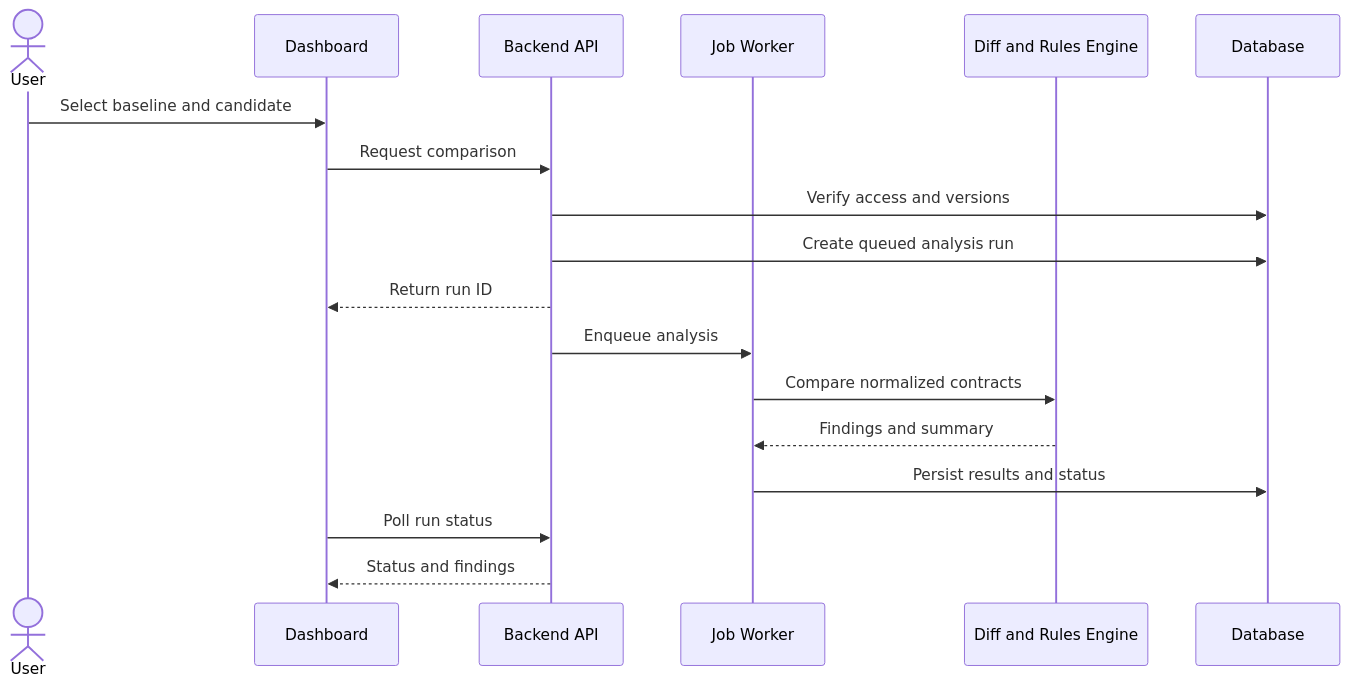
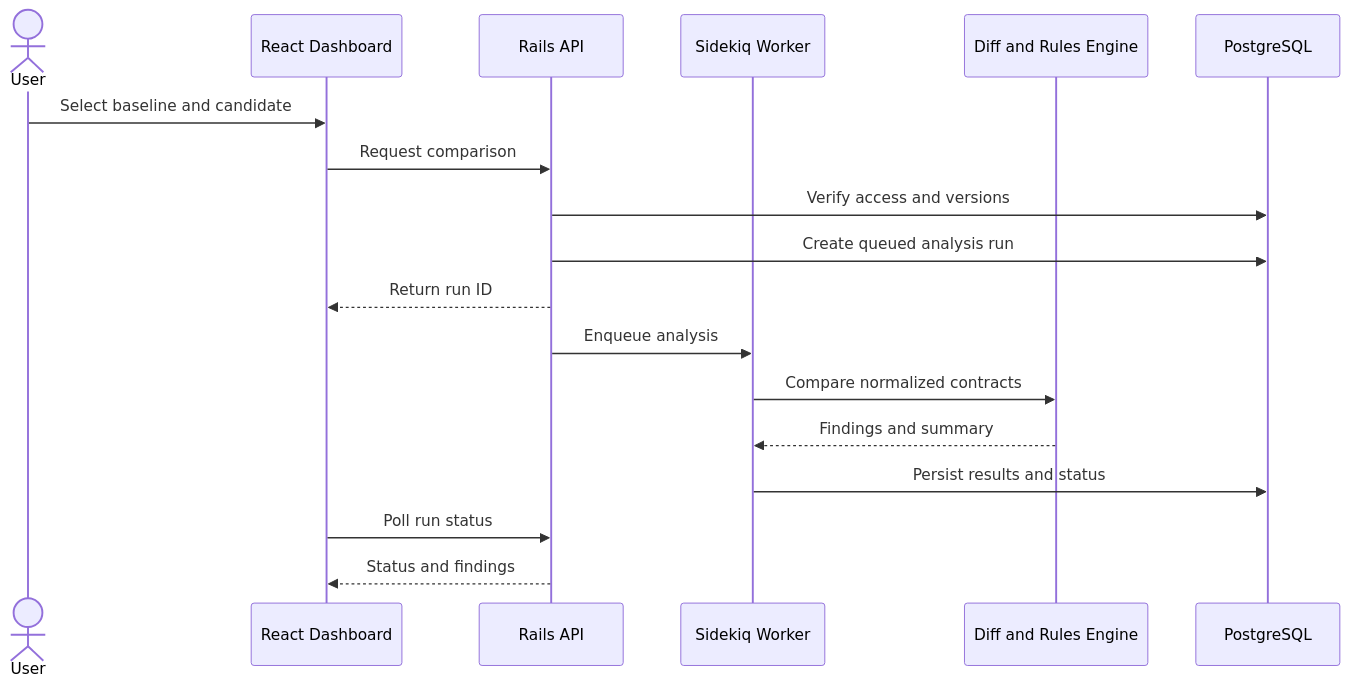
The fourth of 6 diagrams in SRS.md (oliviavision/ContractIQ-API-Intelligence-Platform), drawn with Mermaid before and after one commit. The commit also changed other lines of this file, not shown here.

Commit message:
docs: update ContractIQ stack to React and Ruby on Rails

````diff
--- a/SRS.md
+++ b/SRS.md
@@ -203,21 +225,21 @@
 ```mermaid
 sequenceDiagram
     actor User
-    participant UI as Dashboard
-    participant API as Backend API
-    participant Job as Job Worker
+    participant UI as React Dashboard
+    participant API as Rails API
+    participant Job as Sidekiq Worker
     participant Diff as Diff and Rules Engine
-    participant DB as Database
+    participant DB as PostgreSQL
 
     User->>UI: Select baseline and candidate
     UI->>API: Request comparison
     API->>DB: Verify access and versions
     API->>DB: Create queued analysis run
     API-->>UI: Return run ID
     API->>Job: Enqueue analysis
     Job->>Diff: Compare normalized contracts
     Diff-->>Job: Findings and summary
     Job->>DB: Persist results and status
     UI->>API: Poll run status
     API-->>UI: Status and findings
 ```
````
